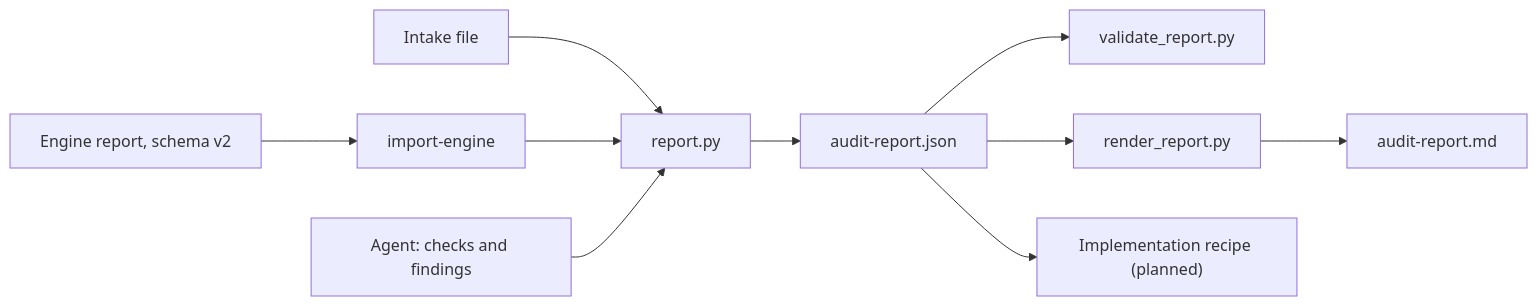
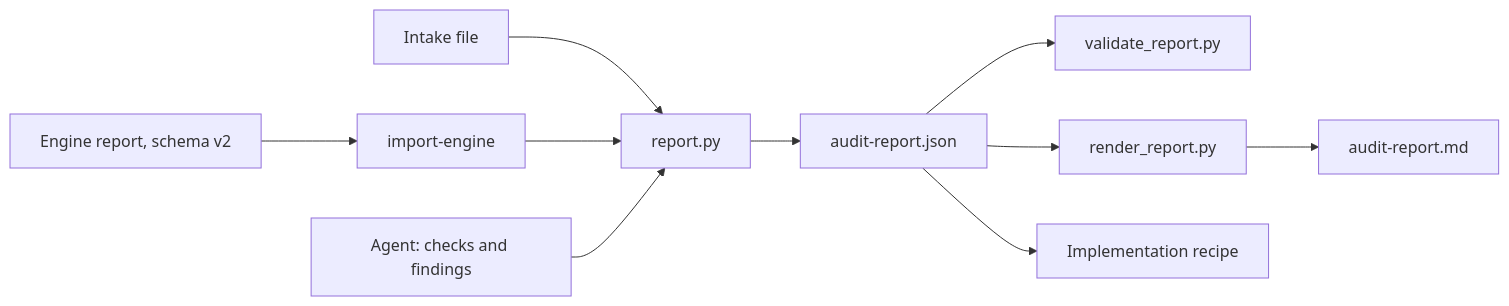
One commit to Nistapp/codebase-agentic-readiness-framework changed the diagram in brownfield-recipes/docs/architecture/contributor-deep-dive/02-report-schema.md. Above: the diagram before and after it, drawn with Mermaid. The commit also changed other lines of this file and 7 other files, not shown here.

````diff
--- a/brownfield-recipes/docs/architecture/contributor-deep-dive/02-report-schema.md
+++ b/brownfield-recipes/docs/architecture/contributor-deep-dive/02-report-schema.md
@@ -14,10 +14,10 @@
 ```mermaid
 flowchart LR
     Intake["Intake file"] --> Builder["report.py"]
     Engine["Engine report, schema v2"] --> Adapter["import-engine"] --> Builder
     Agent["Agent: checks and findings"] --> Builder
     Builder --> Report["audit-report.json"]
     Report --> Validator["validate_report.py"]
     Report --> Renderer["render_report.py"] --> Markdown["audit-report.md"]
-    Report --> Implement["Implementation recipe (planned)"]
+    Report --> Implement["Implementation recipe"]
 ```
````
